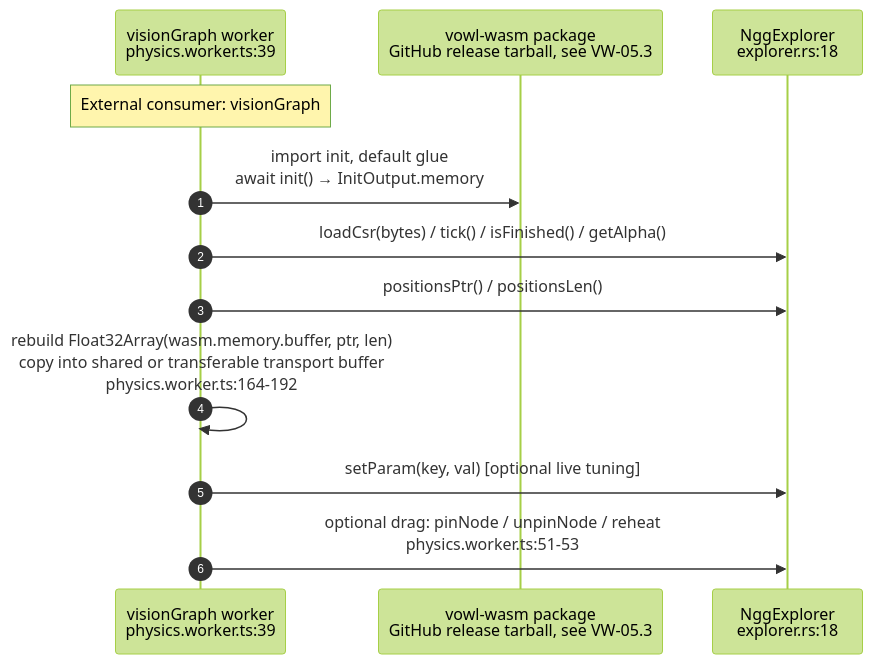
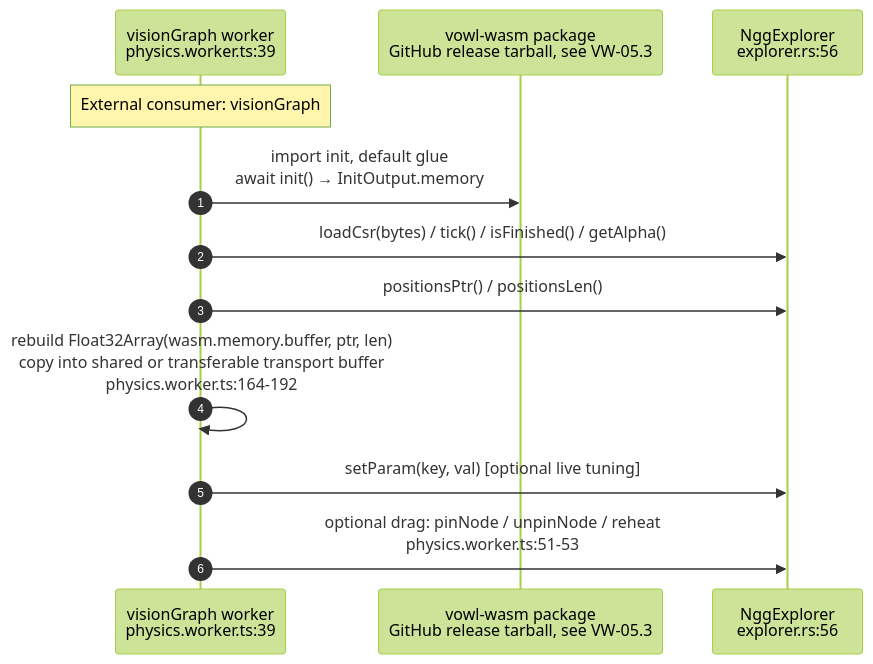
One commit to DreamLab-AI/VisionFlow changed the fifth of 8 diagrams in docs/diagrams/vowl-wasm/04-js-api-examples-and-consumers.md. Above: the diagram before and after it, drawn with Mermaid (forest theme). The commit also changed other lines of this file and 48 other files, not shown here.

Commit message:
docs: reconcile estate repairs and first diagram refresh batch

````diff
--- a/docs/diagrams/vowl-wasm/04-js-api-examples-and-consumers.md
+++ b/docs/diagrams/vowl-wasm/04-js-api-examples-and-consumers.md
@@ -95,14 +95,14 @@
 ```mermaid
 sequenceDiagram
     autonumber
     participant W as visionGraph worker<br/>physics.worker.ts:39
     participant PKG as vowl-wasm package<br/>GitHub release tarball, see VW-05.3
-    participant WA as NggExplorer<br/>explorer.rs:18
+    participant WA as NggExplorer<br/>explorer.rs:56
     Note over W: External consumer: visionGraph
     W->>PKG: import init, default glue<br/>await init() → InitOutput.memory
     W->>WA: loadCsr(bytes) / tick() / isFinished() / getAlpha()
     W->>WA: positionsPtr() / positionsLen()
     W->>W: rebuild Float32Array(wasm.memory.buffer, ptr, len)<br/>copy into shared or transferable transport buffer<br/>physics.worker.ts:164-192
     W->>WA: setParam(key, val) [optional live tuning]
     W->>WA: optional drag: pinNode / unpinNode / reheat<br/>physics.worker.ts:51-53
 ```
````
